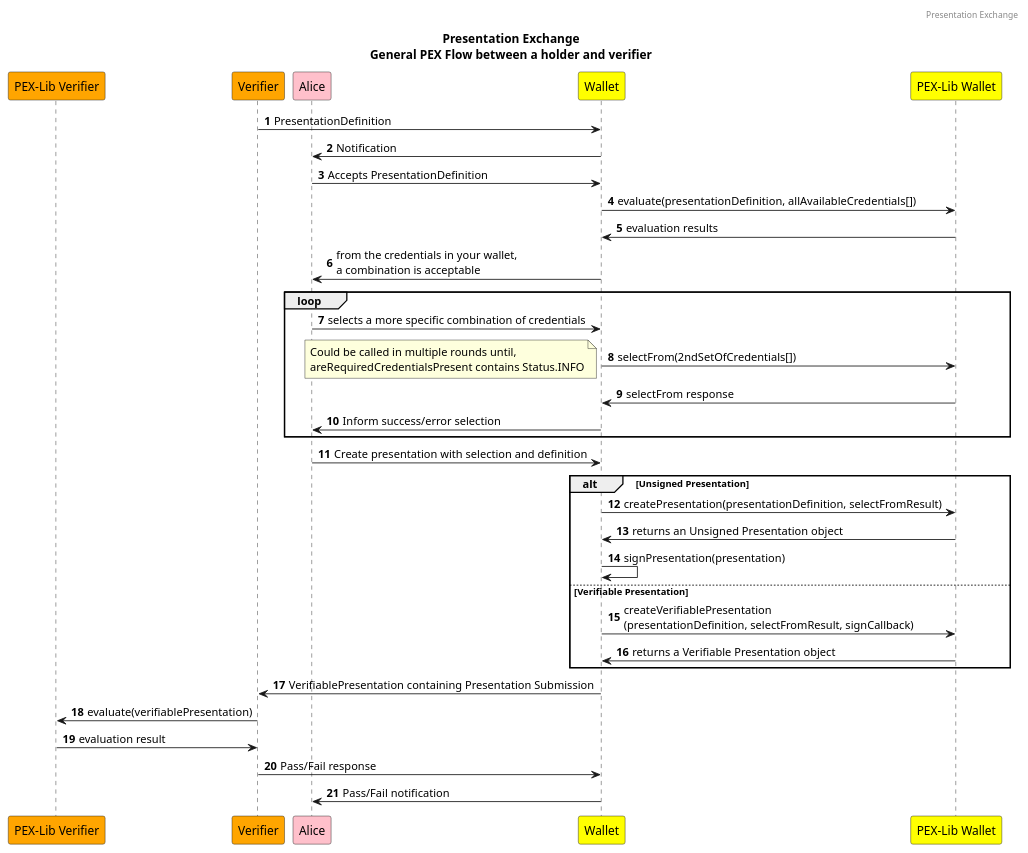
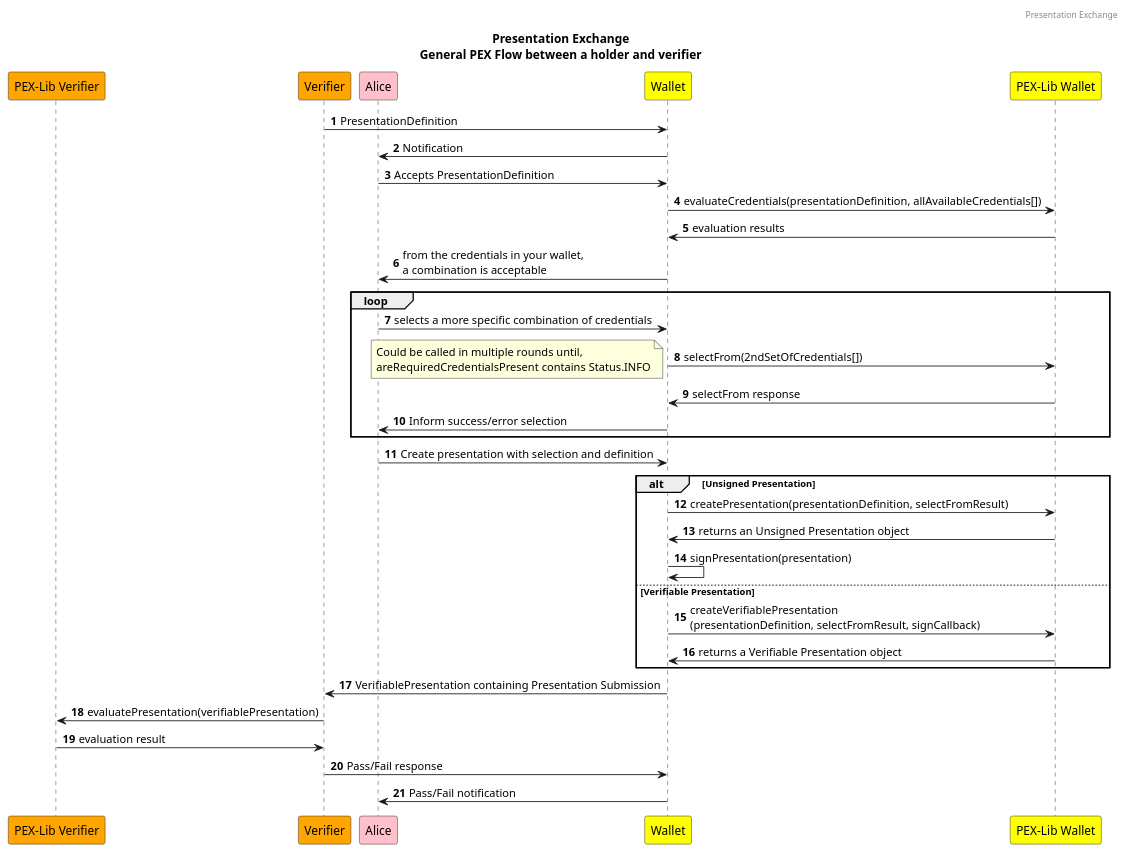
One commit to Sphereon-Opensource/PEX changed the diagram in docs/simple-scenario.puml. Above: the diagram before and after it, drawn with PlantUML.

Commit message:
docs: updated the pex scenario  diagram

```diff
--- a/docs/simple-scenario.puml
+++ b/docs/simple-scenario.puml
@@ -1,52 +1,52 @@
 @startuml
 
 header Presentation Exchange
 
 title
 Presentation Exchange
 General PEX Flow between a holder and verifier
 end title
 
 
 autonumber
 
 participant "PEX-Lib Verifier" as PEXV order 0 #ORANGE
 participant "Verifier" as V order 1 #ORANGE
 participant "Alice" as A order 2 #PINK
 participant "Wallet" as W order 3 #YELLOW
 participant "PEX-Lib Wallet" as PE order 4 #YELLOW
 
 V -> W: PresentationDefinition
 W -> A: Notification
 A -> W: Accepts PresentationDefinition
-W -> PE: evaluate(presentationDefinition, allAvailableCredentials[])
+W -> PE: evaluateCredentials(presentationDefinition, allAvailableCredentials[])
 PE -> W: evaluation results
 W -> A: from the credentials in your wallet, \na combination is acceptable
 loop
 A -> W: selects a more specific combination of credentials
 W -> PE: selectFrom(2ndSetOfCredentials[])
 note left
     Could be called in multiple rounds until,
     areRequiredCredentialsPresent contains Status.INFO
 end note
 PE -> W: selectFrom response
 W -> A: Inform success/error selection
 end
 
 A -> W: Create presentation with selection and definition
 
 alt Unsigned Presentation
 W -> PE: createPresentation(presentationDefinition, selectFromResult)
 PE -> W: returns an Unsigned Presentation object
 W -> W: signPresentation(presentation)
 else Verifiable Presentation
 W -> PE: createVerifiablePresentation\n(presentationDefinition, selectFromResult, signCallback)
 PE -> W: returns a Verifiable Presentation object
 end
 W -> V: VerifiablePresentation containing Presentation Submission
 
-V -> PEXV: evaluate(verifiablePresentation)
+V -> PEXV: evaluatePresentation(verifiablePresentation)
 PEXV -> V: evaluation result
 V -> W: Pass/Fail response
 W -> A: Pass/Fail notification
 @enduml
```
